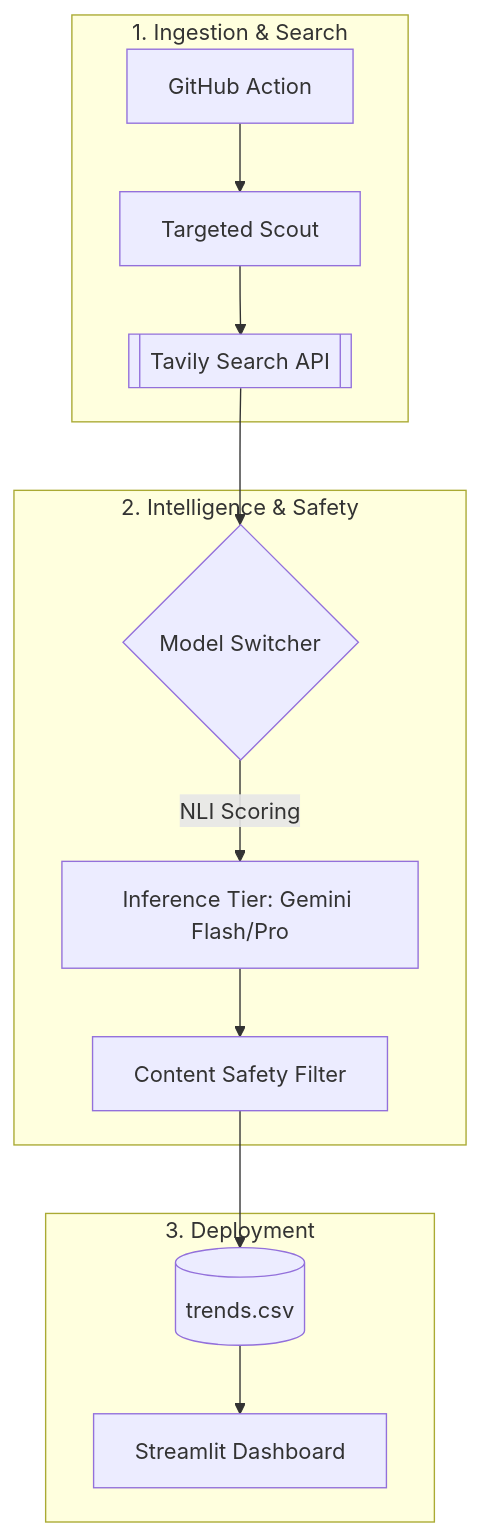
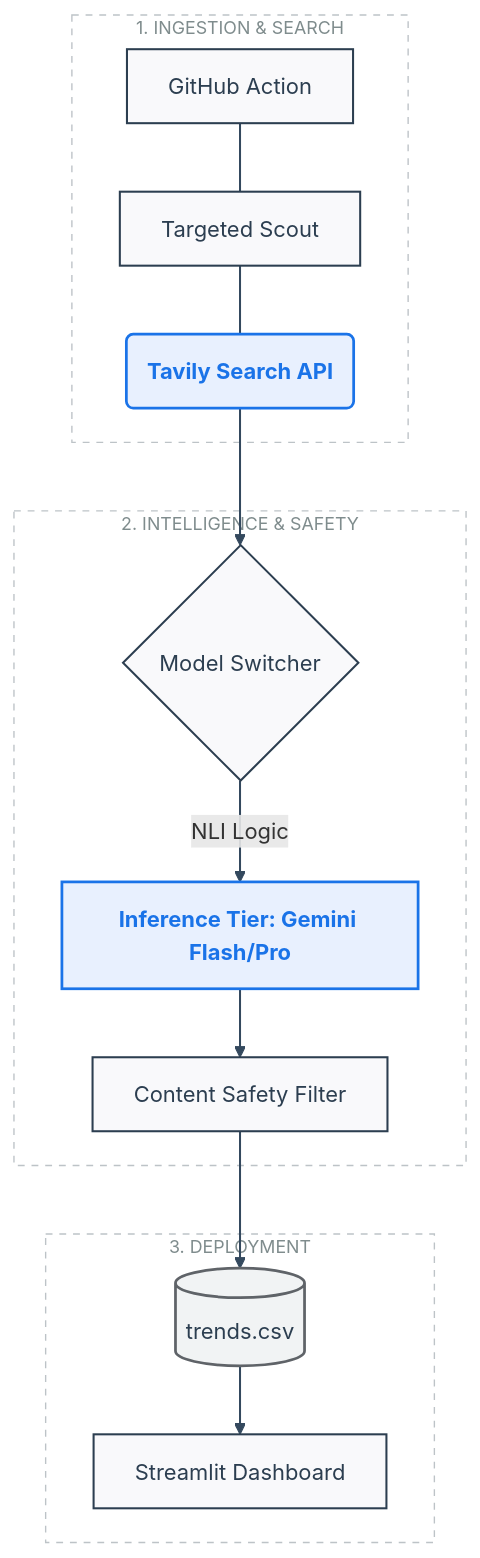
One commit to nishantverma-nagarro/TrendLab changed the diagram in readme.md. Above: the diagram before and after it, drawn with Mermaid.

Commit message:
Improve readme image

````diff
--- a/readme.md
+++ b/readme.md
@@ -15,18 +15,36 @@
 ```mermaid
 graph TD
-    subgraph "1. Ingestion & Search"
-        A[GitHub Action] --> B[Targeted Scout]
-        B --> C[[Tavily Search API]]
+    %% Global Styles
+    %% Using a sleek, neutral palette: Deep Blue, Slate, and Ghost White
+    classDef default fill:#f9f9fb,stroke:#2c3e50,stroke-width:1.5px,color:#2c3e50,font-family:Inter,Arial;
+    classDef subgraphStyle fill:#ffffff,stroke:#bdc3c7,stroke-width:1px,stroke-dasharray: 5 5,color:#7f8c8d,font-size:13px;
+    classDef highlight fill:#e8f0fe,stroke:#1a73e8,stroke-width:2px,color:#1a73e8,font-weight:bold;
+    classDef storage fill:#f1f3f4,stroke:#5f6368,stroke-width:2px;
+
+    %% --- 1. DATA INGESTION ---
+    subgraph Ingestion ["1. INGESTION & SEARCH"]
+        A[GitHub Action] --- B[Targeted Scout]
+        B --- C(Tavily Search API)
     end
 
-    subgraph "2. Intelligence & Safety"
+    %% --- 2. INTELLIGENCE ---
+    subgraph Intel ["2. INTELLIGENCE & SAFETY"]
         C --> D{Model Switcher}
-        D -->|NLI Scoring| E[Inference Tier: Gemini Flash/Pro]
-        E --> F[Content Safety Filter]
+        D -- "NLI Logic" --> E
+        E[Inference Tier: Gemini Flash/Pro] --> F[Content Safety Filter]
     end
 
-    subgraph "3. Deployment"
+    %% --- 3. DEPLOYMENT ---
+    subgraph Deployment ["3. DEPLOYMENT"]
         F --> G[(trends.csv)]
         G --> H[Streamlit Dashboard]
     end
+
+    %% Apply Classes
+    class Ingestion,Intel,Deployment subgraphStyle;
+    class C,E highlight;
+    class G storage;
+
+    %% Flow Customization
+    linkStyle default stroke:#34495e,stroke-width:1.5px;
 ```
````
